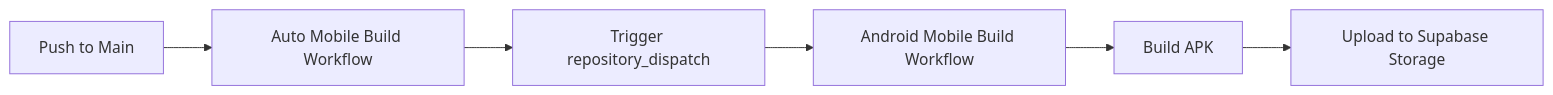
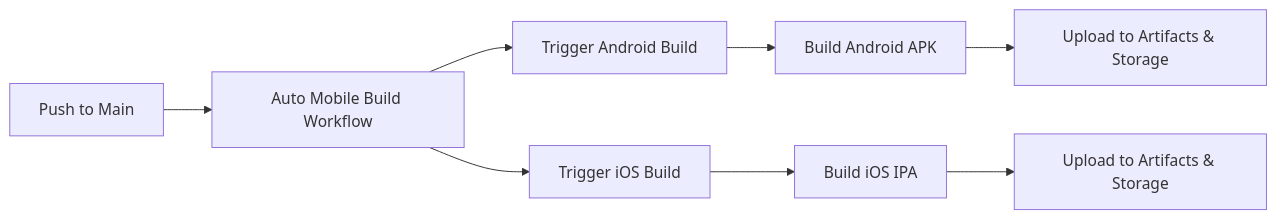
One commit to cmarinek/redsquarebroadcast changed the diagram in docs/AUTO_BUILD_SETUP.md. Above: the diagram before and after it, drawn with Mermaid. The commit also changed other lines of this file and 2 other files, not shown here.

First line of the commit message:
Add iOS automated builds to workflow

````diff
--- a/docs/AUTO_BUILD_SETUP.md
+++ b/docs/AUTO_BUILD_SETUP.md
@@ -15,8 +16,10 @@
 ```mermaid
 graph LR
     A[Push to Main] --> B[Auto Mobile Build Workflow]
-    B --> C[Trigger repository_dispatch]
-    C --> D[Android Mobile Build Workflow]
-    D --> E[Build APK]
-    E --> F[Upload to Supabase Storage]
+    B --> C[Trigger Android Build]
+    B --> D[Trigger iOS Build]
+    C --> E[Build Android APK]
+    D --> F[Build iOS IPA]
+    E --> G[Upload to Artifacts & Storage]
+    F --> H[Upload to Artifacts & Storage]
 ```
````
